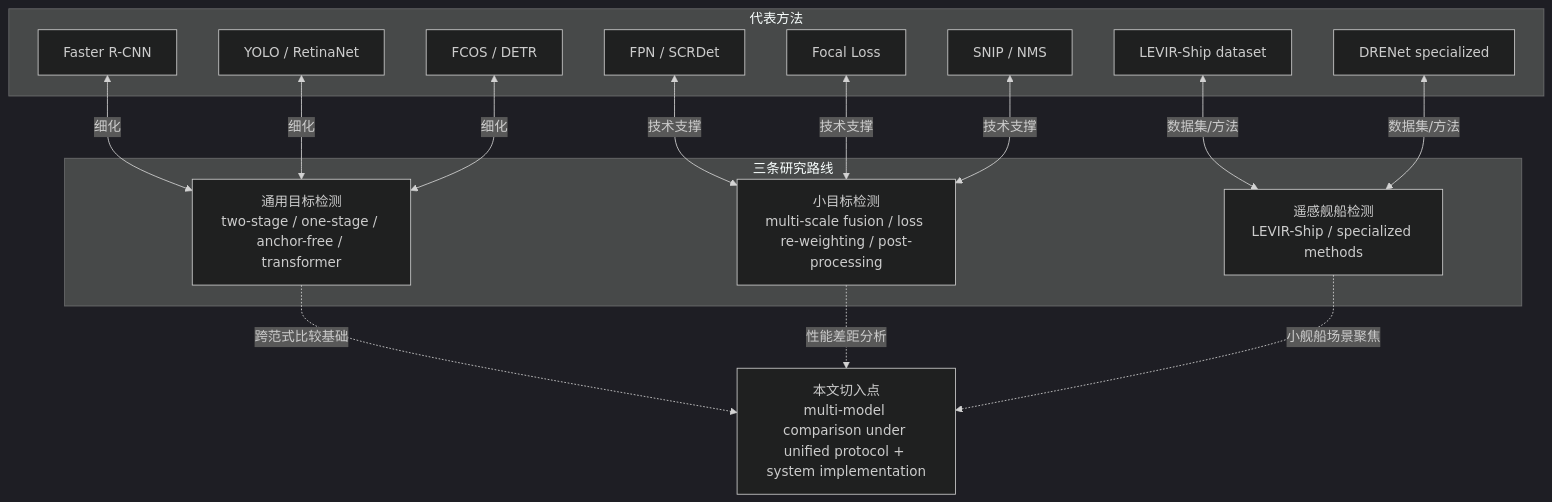
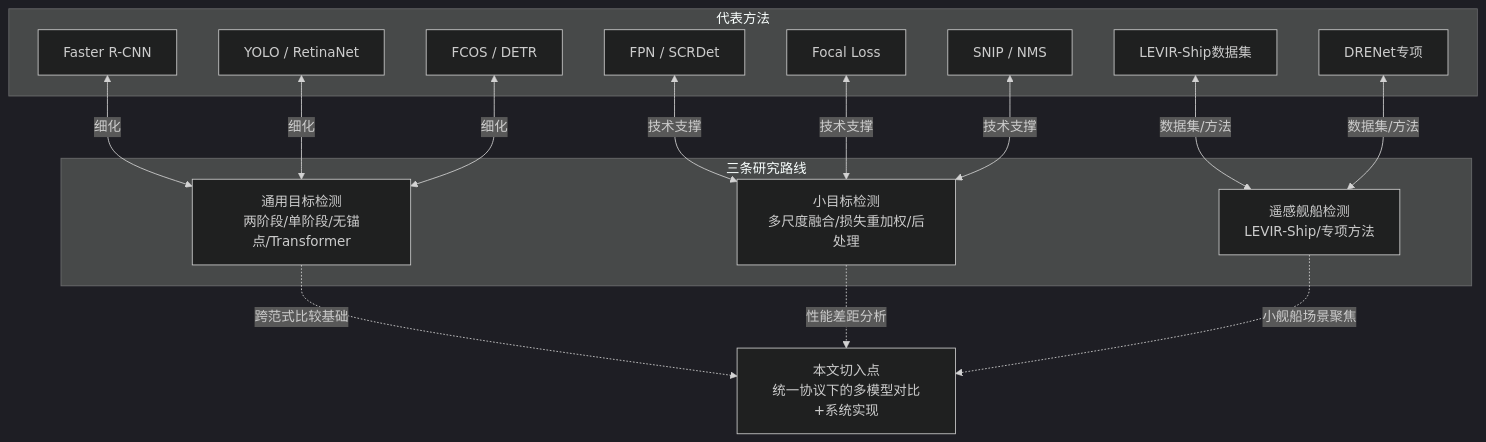
One commit to kkkhs/graduation_project changed the second of 9 diagrams in thesis_figures_guide.md. Above: the diagram before and after it, drawn with Mermaid (dark theme). The commit also changed other lines of this file and 11 other files, not shown here.

First line of the commit message:
docs: 翻译 thesis_figures_guide.md 所有 Mermaid 节点为中文

````diff
--- a/thesis_figures_guide.md
+++ b/thesis_figures_guide.md
@@ -46,20 +46,20 @@
 ```mermaid
 flowchart TB
     subgraph 研究路线["三条研究路线"]
-        A[通用目标检测<br/>two-stage / one-stage / anchor-free / transformer]
-        B[小目标检测<br/>multi-scale fusion / loss re-weighting / post-processing]
-        C[遥感舰船检测<br/>LEVIR-Ship / specialized methods]
+        A[通用目标检测<br/>两阶段/单阶段/无锚点/Transformer]
+        B[小目标检测<br/>多尺度融合/损失重加权/后处理]
+        C[遥感舰船检测<br/>LEVIR-Ship/专项方法]
     end
 
     subgraph 具体方法["代表方法"]
         A1[Faster R-CNN] & A2[YOLO / RetinaNet] & A3[FCOS / DETR] <-->|细化| A
         B1[FPN / SCRDet] & B2[Focal Loss] & B3[SNIP / NMS] <-->|技术支撑| B
-        C1[LEVIR-Ship dataset] & C2[DRENet specialized] <-->|数据集/方法| C
+        C1[LEVIR-Ship数据集] & C2[DRENet专项] <-->|数据集/方法| C
     end
 
-    D[本文切入点<br/>multi-model comparison under unified protocol + system implementation]
+    D[本文切入点<br/>统一协议下的多模型对比+系统实现]
 
     A -.->|跨范式比较基础| D
     B -.->|性能差距分析| D
     C -.->|小舰船场景聚焦| D
 ```
````
